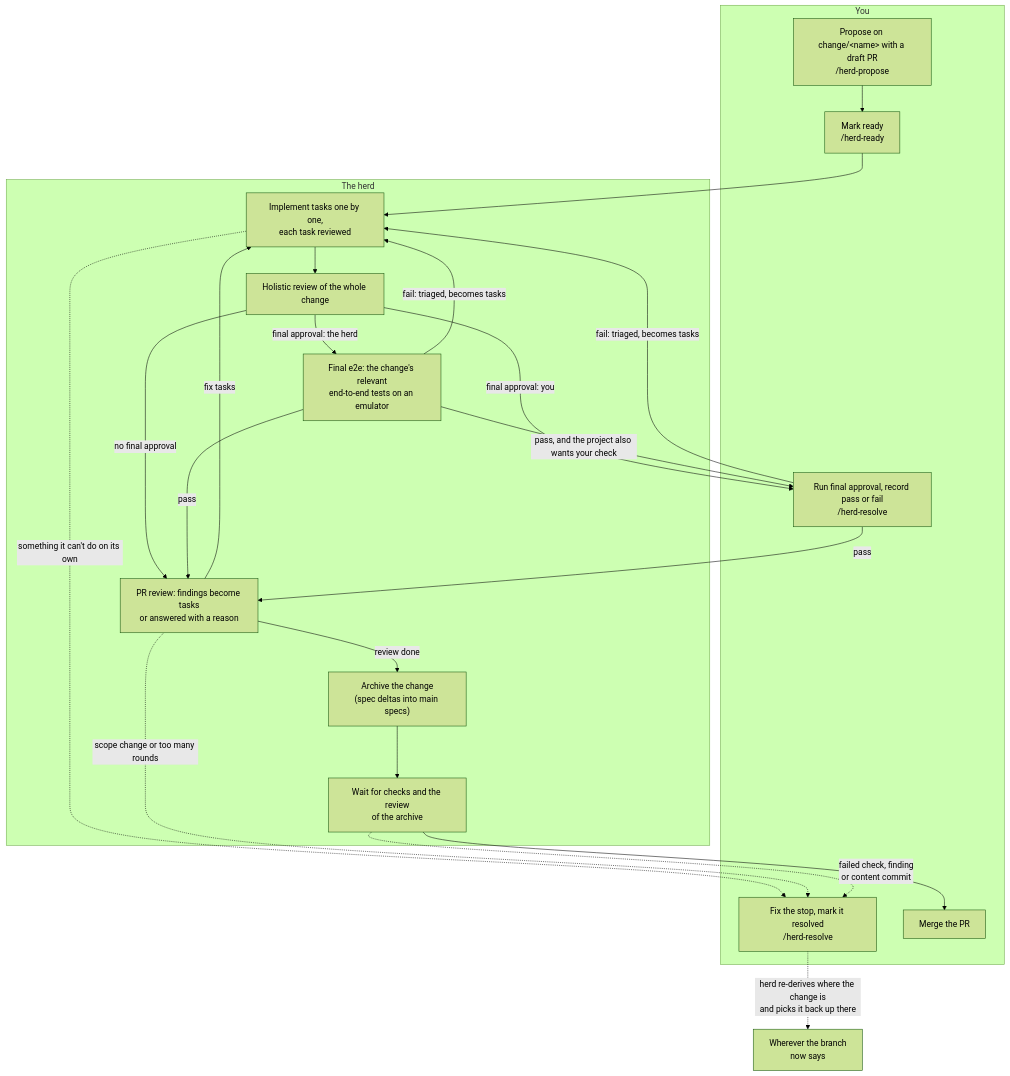
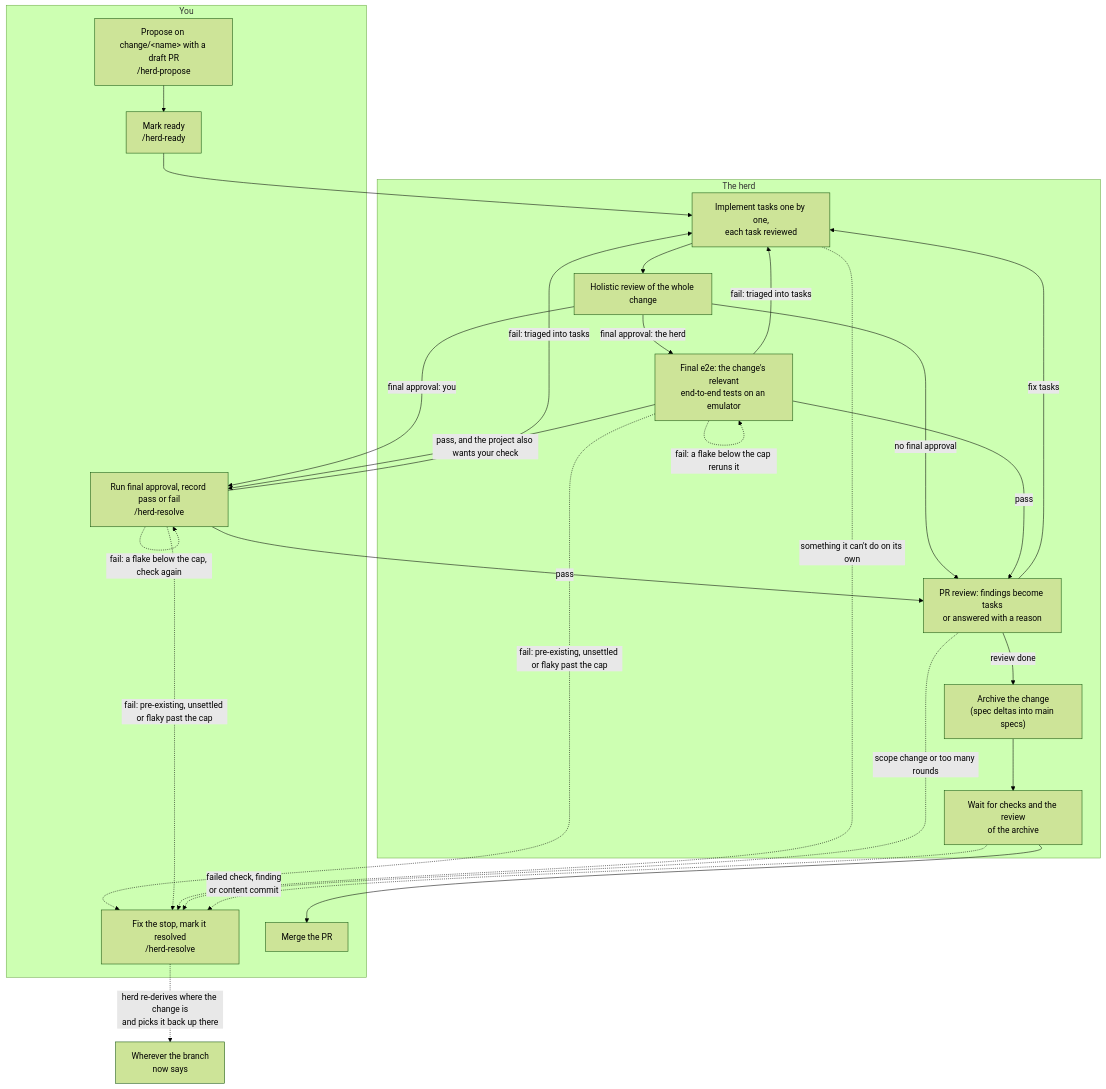
The diagram in docs/using-the-herd.md (mliikanen/herd), drawn with Mermaid (forest theme) before and after one commit. The commit also changed 1 other file, not shown here.

Commit message:
Design: evidence store for e2e triage; merge-base selection; diagram
- What an e2e verdict cites is kept in a bounded per-change evidence
  store and mounted read-only into the triage unit.
- The final e2e selects from the current merge-base.
- The user guide's flowchart shows flake reruns and needs-human stops
  from both final-approval paths.

````diff
--- a/docs/using-the-herd.md
+++ b/docs/using-the-herd.md
@@ -24,33 +24,37 @@
 ```mermaid
 flowchart TD
     subgraph you["You"]
         P["Propose on change/&lt;name&gt; with a draft PR<br/>/herd-propose"]
         R["Mark ready<br/>/herd-ready"]
         FA["Run final approval, record pass or fail<br/>/herd-resolve"]
         NH["Fix the stop, mark it resolved<br/>/herd-resolve"]
         M["Merge the PR"]
     end
     subgraph herd["The herd"]
         I["Implement tasks one by one,<br/>each task reviewed"]
         H["Holistic review of the whole change"]
         E["Final e2e: the change's relevant<br/>end-to-end tests on an emulator"]
         RV["PR review: findings become tasks<br/>or answered with a reason"]
         A["Archive the change<br/>(spec deltas into main specs)"]
         AP["Wait for checks and the review<br/>of the archive"]
     end
     P --> R --> I --> H
     H -- "final approval: you" --> FA
     H -- "final approval: the herd" --> E
     H -- "no final approval" --> RV
     E -- "pass" --> RV
     E -- "pass, and the project also wants your check" --> FA
-    E -- "fail: triaged, becomes tasks" --> I
+    E -- "fail: triaged into tasks" --> I
+    E -. "fail: a flake below the cap reruns it" .-> E
+    E -. "fail: pre-existing, unsettled or flaky past the cap" .-> NH
     FA -- "pass" --> RV
-    FA -- "fail: triaged, becomes tasks" --> I
+    FA -- "fail: triaged into tasks" --> I
+    FA -. "fail: a flake below the cap, check again" .-> FA
+    FA -. "fail: pre-existing, unsettled or flaky past the cap" .-> NH
     RV -- "fix tasks" --> I
     RV -- "review done" --> A --> AP --> M
     I -. "something it can't do on its own" .-> NH
     RV -. "scope change or too many rounds" .-> NH
     AP -. "failed check, finding<br/>or content commit" .-> NH
     NH -. "herd re-derives where the change is<br/>and picks it back up there" .-> RD["Wherever the branch<br/>now says"]
 ```
````
